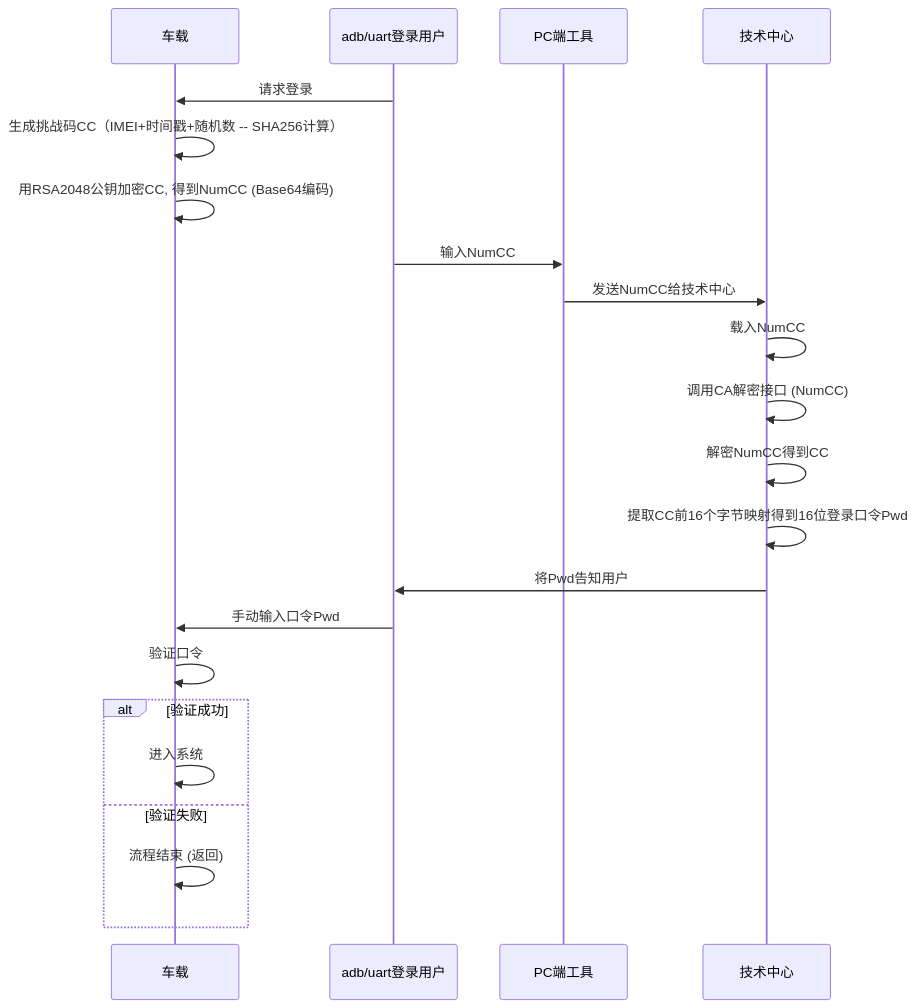
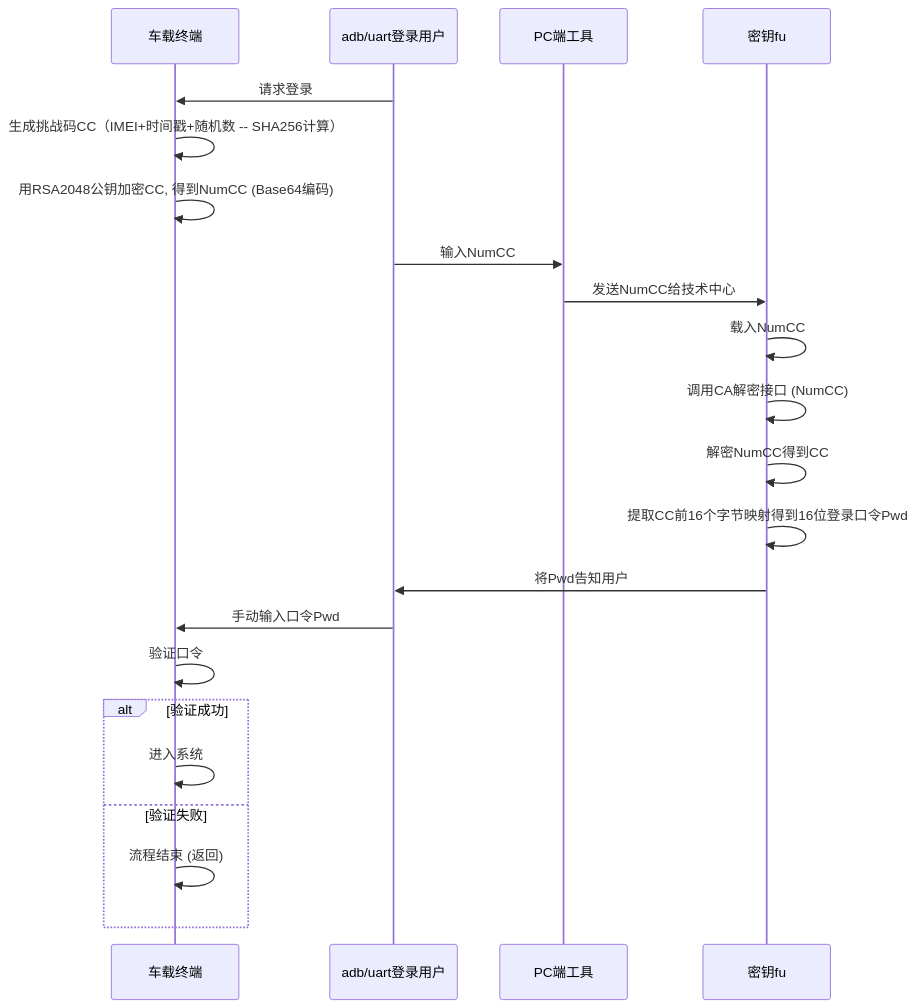
Before and after one commit to facebook-cloud/iodraw-files: the diagram in all/未命名-13.md, drawn with Mermaid.

Commit message:
2026-01-27 11:21:59 update

````diff
--- a/all/未命名-13.md
+++ b/all/未命名-13.md
@@ -1,28 +1,28 @@
 ```mermaid
 sequenceDiagram
-    participant tbox as 车载
+    participant tbox as 车载终端
     participant user as adb/uart登录用户
     participant pc as PC端工具
-    participant tech_center as 技术中心
+    participant tech_center as 密钥fu
   
 
     user->>tbox: 请求登录
     tbox->>tbox: 生成挑战码CC（IMEI+时间戳+随机数 -- SHA256计算）
     tbox->>tbox: 用RSA2048公钥加密CC, 得到NumCC (Base64编码)
     user->>pc: 输入NumCC
     pc->>tech_center: 发送NumCC给技术中心
     tech_center->>tech_center: 载入NumCC
     tech_center->>tech_center: 调用CA解密接口 (NumCC)
     tech_center->>tech_center: 解密NumCC得到CC
     tech_center->>tech_center: 提取CC前16个字节映射得到16位登录口令Pwd
     tech_center->>user: 将Pwd告知用户
     user->>tbox: 手动输入口令Pwd
     tbox->>tbox: 验证口令
     alt 验证成功
         tbox->>tbox: 进入系统
     else 验证失败
         tbox->>tbox: 流程结束 (返回)
     end
 
 
 ```
````
